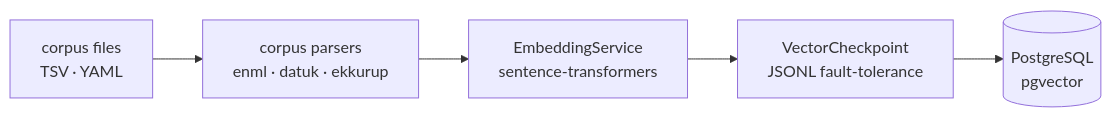
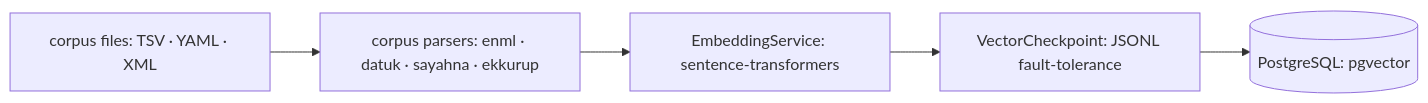
One commit to sachn1/linguaalayam changed the first of 4 diagrams in docs/architecture.md. Above: the diagram before and after it, drawn with Mermaid. The commit also changed other lines of this file and 57 other files, not shown here.

````diff
--- a/docs/architecture.md
+++ b/docs/architecture.md
@@ -12,7 +12,7 @@
 ```mermaid
 flowchart LR
-    A[corpus files\nTSV · YAML] --> B[corpus parsers\nenml · datuk · ekkurup]
-    B --> C[EmbeddingService\nsentence-transformers]
-    C --> D[VectorCheckpoint\nJSONL fault-tolerance]
-    D --> E[(PostgreSQL\npgvector)]
+    A[corpus files: TSV · YAML · XML] --> B[corpus parsers: enml · datuk · sayahna · ekkurup]
+    B --> C[EmbeddingService: sentence-transformers]
+    C --> D[VectorCheckpoint: JSONL fault-tolerance]
+    D --> E[(PostgreSQL: pgvector)]
 ```
````
